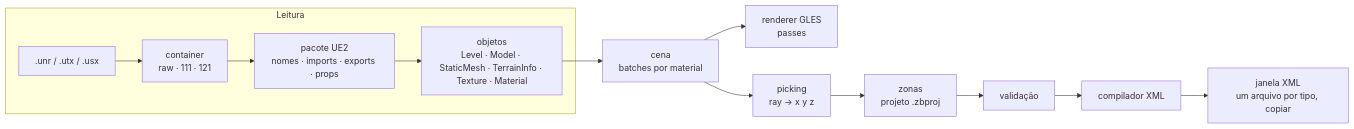
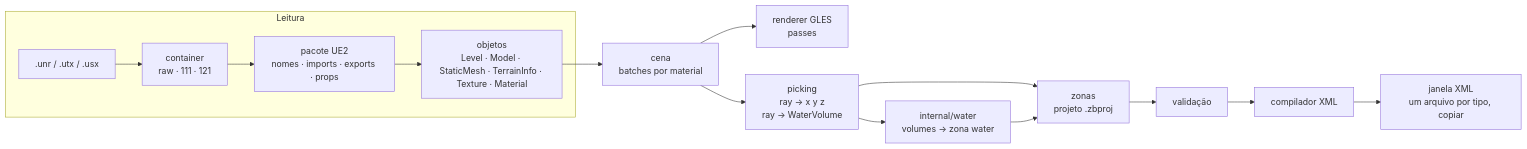
Before and after one commit to majestic-world/ZoneBuilder: the diagram in docs/plan.md, drawn with Mermaid. The commit also changed other lines of this file and 3 other files, not shown here.

````diff
--- a/docs/plan.md
+++ b/docs/plan.md
@@ -53,15 +54,17 @@
 ```mermaid
 flowchart LR
   subgraph Leitura
     A[".unr / .utx / .usx"] --> B["container<br/>raw · 111 · 121"]
     B --> C["pacote UE2<br/>nomes · imports · exports · props"]
     C --> D["objetos<br/>Level · Model · StaticMesh · TerrainInfo · Texture · Material"]
   end
   D --> E["cena<br/>batches por material"]
   E --> F["renderer GLES<br/>passes"]
-  E --> G["picking<br/>ray → x y z"]
+  E --> G["picking<br/>ray → x y z<br/>ray → WaterVolume"]
   G --> H["zonas<br/>projeto .zbproj"]
+  G --> W["internal/water<br/>volumes → zona water"]
+  W --> H
   H --> J["validação"]
   J --> K["compilador XML"]
   K --> L["janela XML<br/>um arquivo por tipo, copiar"]
 ```
````
